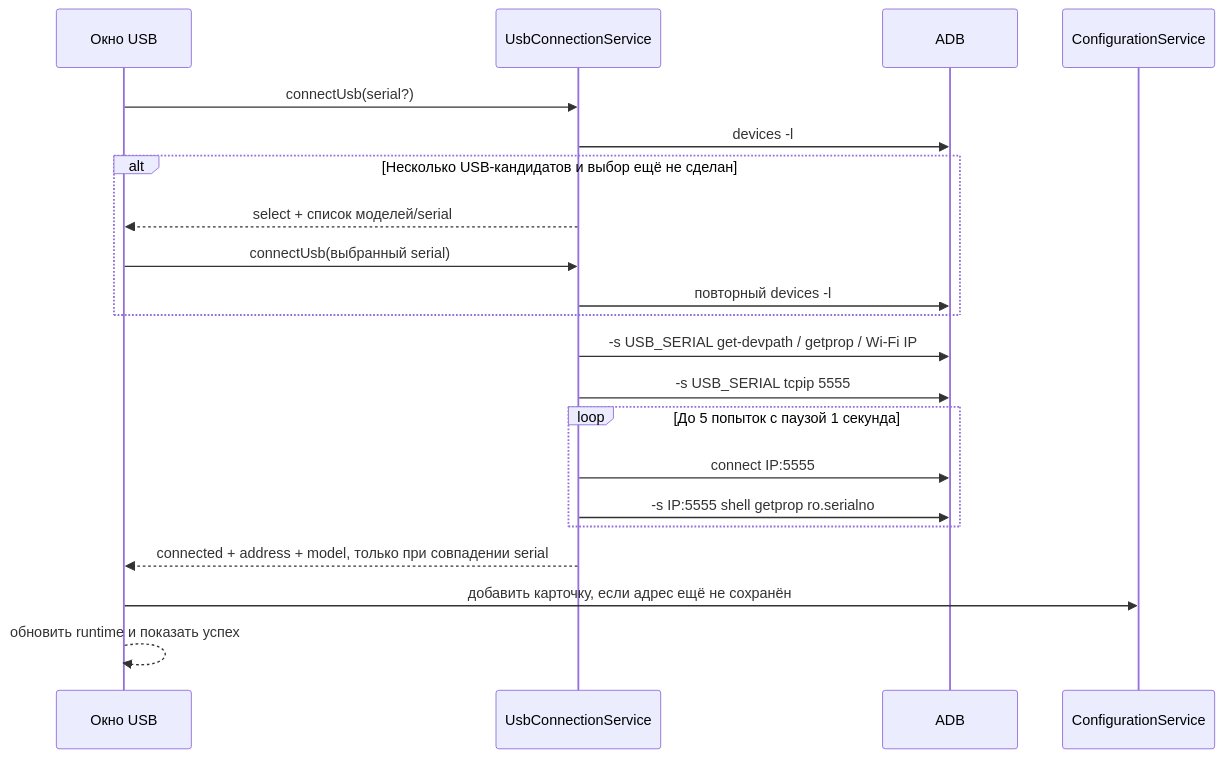
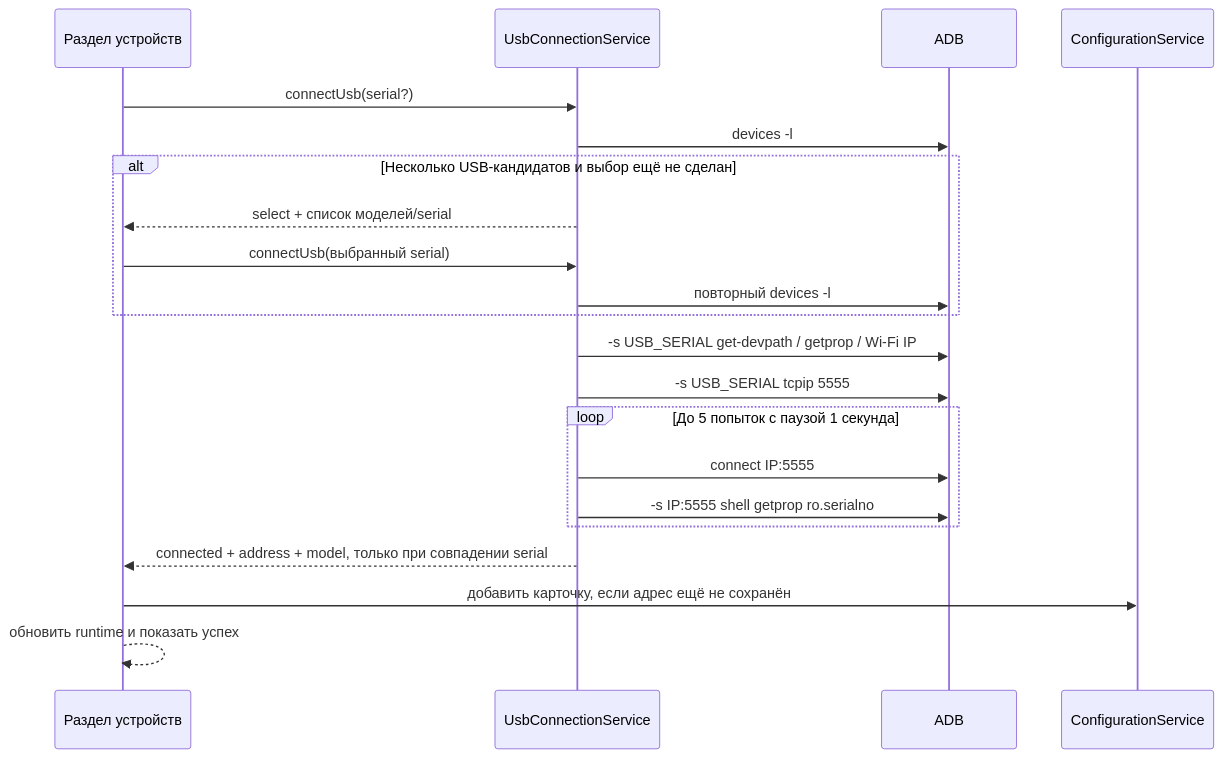
The second of 2 diagrams in docs/SDD.md (Arsgaz/VR-Control-Center), drawn with Mermaid before and after one commit. The commit also changed other lines of this file and 48 other files, not shown here.

````diff
--- a/docs/SDD.md
+++ b/docs/SDD.md
@@ -188,23 +188,23 @@
 ```mermaid
 sequenceDiagram
-    participant UI as Окно USB
+    participant UI as Раздел устройств
     participant USB as UsbConnectionService
     participant ADB as ADB
     participant C as ConfigurationService
     UI->>USB: connectUsb(serial?)
     USB->>ADB: devices -l
     alt Несколько USB-кандидатов и выбор ещё не сделан
         USB-->>UI: select + список моделей/serial
         UI->>USB: connectUsb(выбранный serial)
         USB->>ADB: повторный devices -l
     end
     USB->>ADB: -s USB_SERIAL get-devpath / getprop / Wi-Fi IP
     USB->>ADB: -s USB_SERIAL tcpip 5555
     loop До 5 попыток с паузой 1 секунда
         USB->>ADB: connect IP:5555
         USB->>ADB: -s IP:5555 shell getprop ro.serialno
     end
     USB-->>UI: connected + address + model, только при совпадении serial
     UI->>C: добавить карточку, если адрес ещё не сохранён
     UI-->>UI: обновить runtime и показать успех
 ```
````
